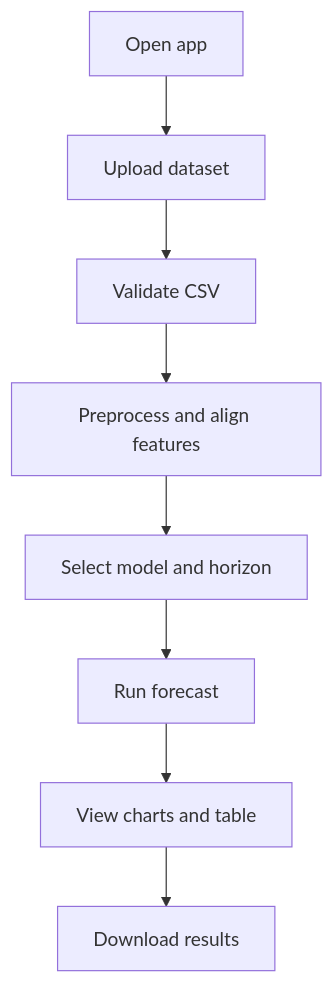
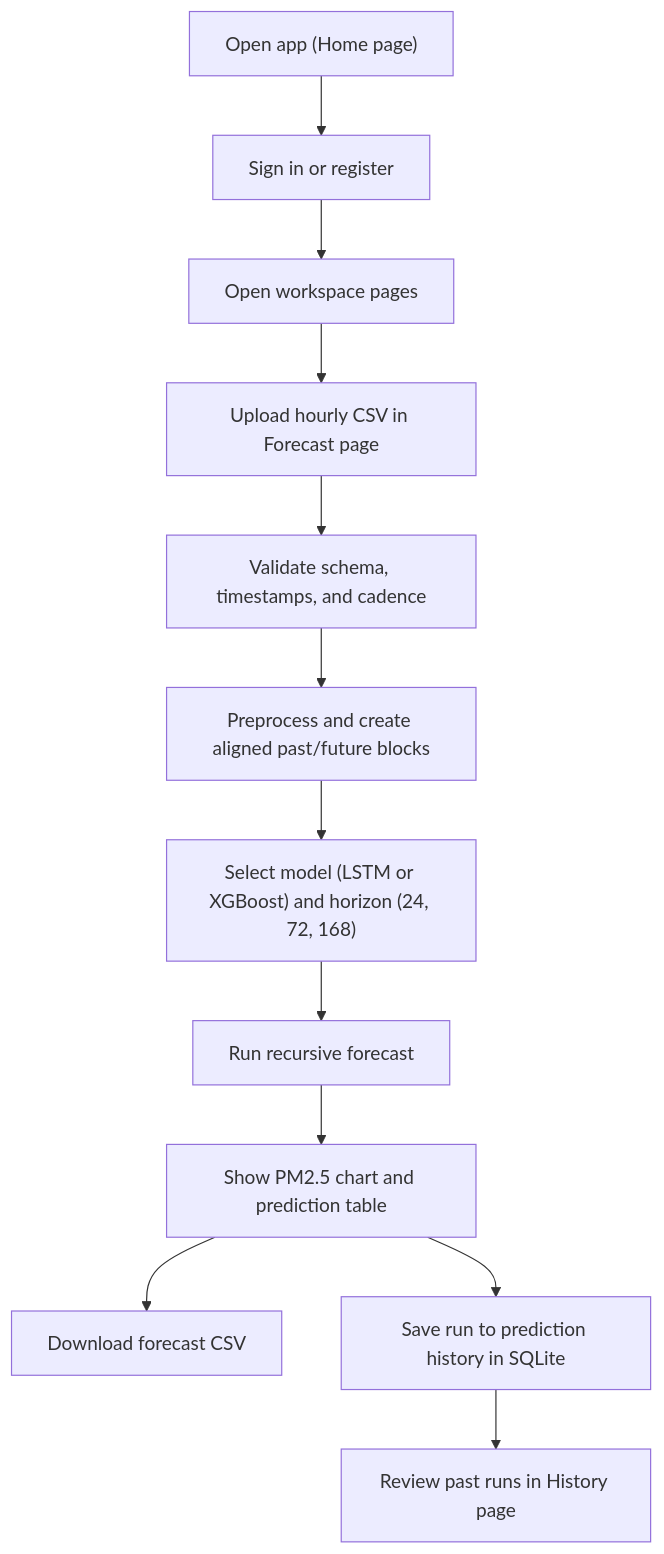
The second of 5 diagrams in README.md (erlanakbaraliev/Hello), drawn with Mermaid before and after one commit. The commit also changed other lines of this file and 11 other files, not shown here.

````diff
--- a/README.md
+++ b/README.md
@@ -173,10 +194,14 @@
 ```mermaid
 flowchart TD
-    Start["Open app"] --> UploadDataset["Upload dataset"]
-    UploadDataset --> Validate["Validate CSV"]
-    Validate --> Preprocess["Preprocess and align features"]
-    Preprocess --> SelectModelHorizon["Select model and horizon"]
-    SelectModelHorizon --> RunForecast["Run forecast"]
-    RunForecast --> ViewCharts["View charts and table"]
-    ViewCharts --> DownloadResults["Download results"]
+    OpenApp["Open app (Home page)"] --> AuthStep["Sign in or register"]
+    AuthStep --> Workspace["Open workspace pages"]
+    Workspace --> UploadCSV["Upload hourly CSV in Forecast page"]
+    UploadCSV --> ValidateData["Validate schema, timestamps, and cadence"]
+    ValidateData --> PreprocessData["Preprocess and create aligned past/future blocks"]
+    PreprocessData --> ChooseOptions["Select model (LSTM or XGBoost) and horizon (24, 72, 168)"]
+    ChooseOptions --> RunForecast["Run recursive forecast"]
+    RunForecast --> ShowResults["Show PM2.5 chart and prediction table"]
+    ShowResults --> DownloadCSV["Download forecast CSV"]
+    ShowResults --> SaveHistory["Save run to prediction history in SQLite"]
+    SaveHistory --> ReviewHistory["Review past runs in History page"]
 ```
````
